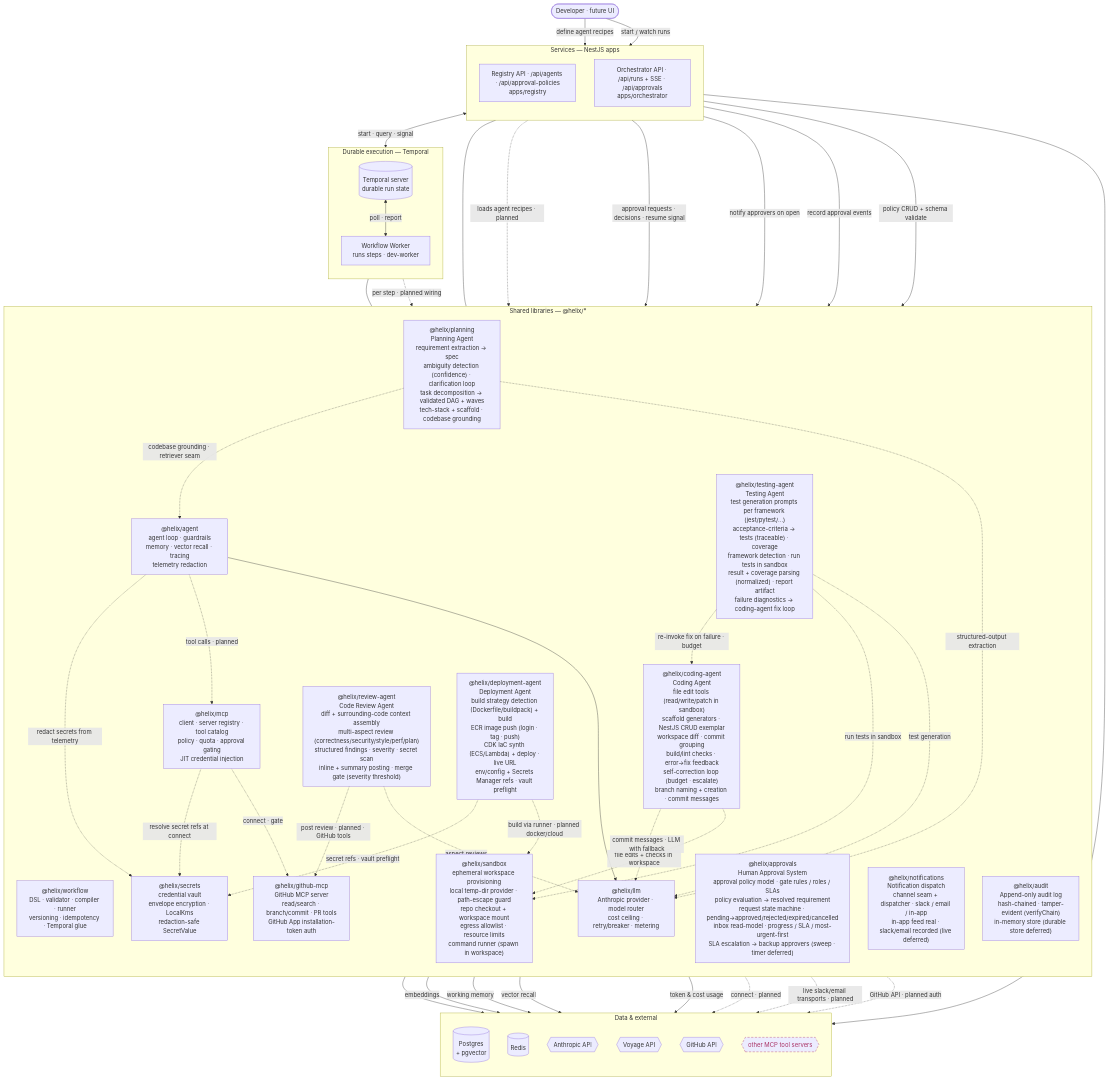
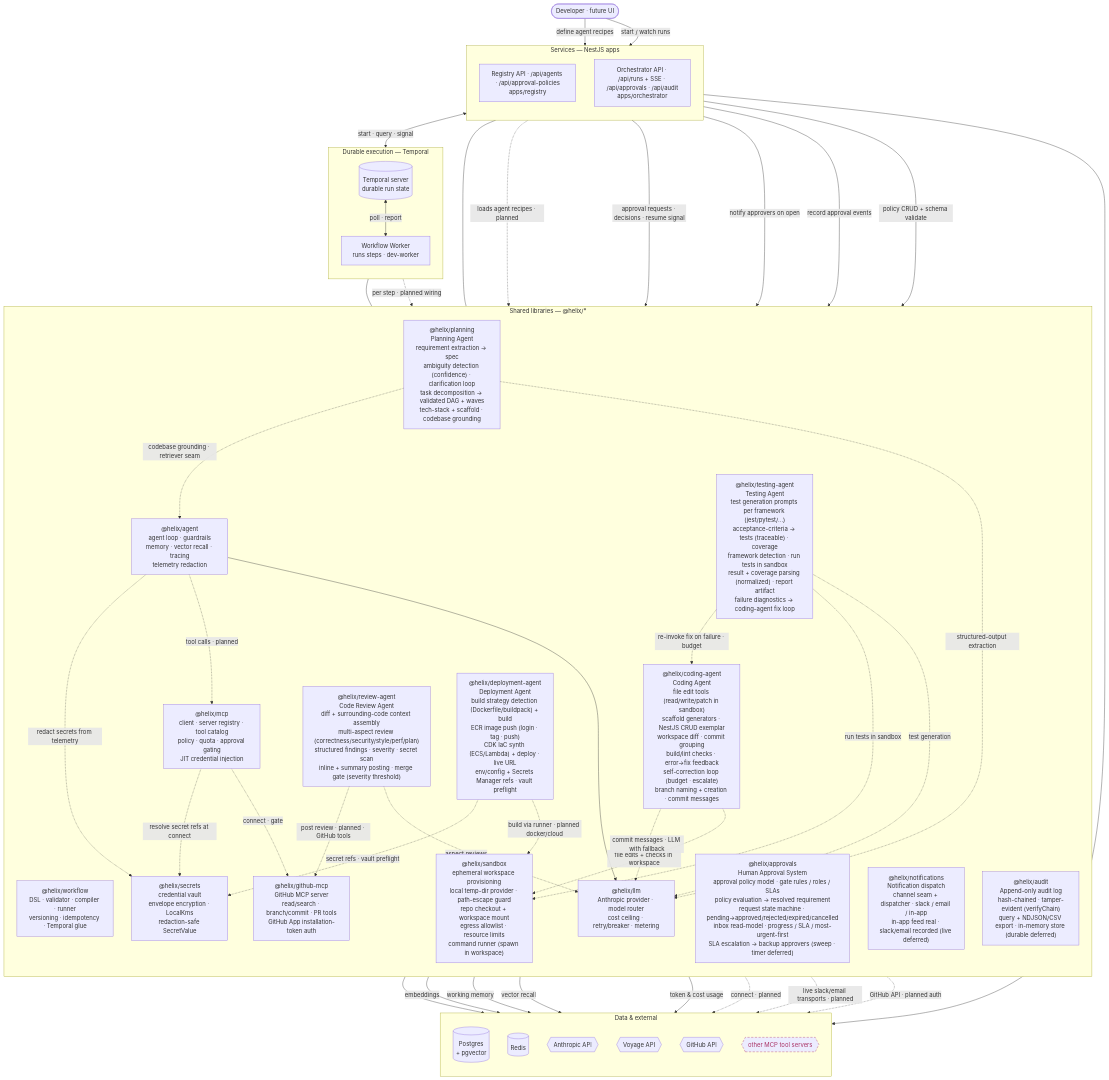
Before and after one commit to shhashhank/helix: the first of 2 diagrams in docs/ARCHITECTURE.md, drawn with Mermaid. The commit also changed other lines of this file and 8 other files, not shown here.

First line of the commit message:
HELIX-136: Audit query + export API (#100)

```diff
--- a/docs/ARCHITECTURE.md
+++ b/docs/ARCHITECTURE.md
@@ -20,7 +20,7 @@
   subgraph svc["Services — NestJS apps"]
     direction TB
     reg["Registry API · /api/agents · /api/approval-policies<br/>apps/registry"]
-    orc["Orchestrator API · /api/runs + SSE · /api/approvals<br/>apps/orchestrator"]
+    orc["Orchestrator API · /api/runs + SSE · /api/approvals · /api/audit<br/>apps/orchestrator"]
   end
 
   subgraph dur["Durable execution — Temporal"]
@@ -45,7 +45,7 @@
     dep["@helix/deployment-agent<br/>Deployment Agent<br/>build strategy detection (Dockerfile/buildpack) + build<br/>ECR image push (login · tag · push)<br/>CDK IaC synth (ECS/Lambda) + deploy · live URL<br/>env/config + Secrets Manager refs · vault preflight"]
     apv["@helix/approvals<br/>Human Approval System<br/>approval policy model · gate rules / roles / SLAs<br/>policy evaluation → resolved requirement<br/>request state machine · pending→approved/rejected/expired/cancelled<br/>inbox read-model · progress / SLA / most-urgent-first<br/>SLA escalation → backup approvers (sweep · timer deferred)"]
     ntf["@helix/notifications<br/>Notification dispatch<br/>channel seam + dispatcher · slack / email / in-app<br/>in-app feed real · slack/email recorded (live deferred)"]
-    aud["@helix/audit<br/>Append-only audit log<br/>hash-chained · tamper-evident (verifyChain)<br/>in-memory store (durable store deferred)"]
+    aud["@helix/audit<br/>Append-only audit log<br/>hash-chained · tamper-evident (verifyChain)<br/>query + NDJSON/CSV export · in-memory store (durable deferred)"]
   end
 
   subgraph dat["Data & external"]
```
